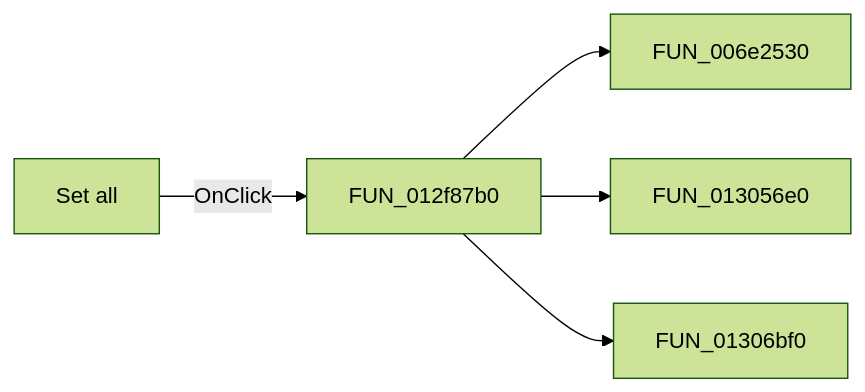
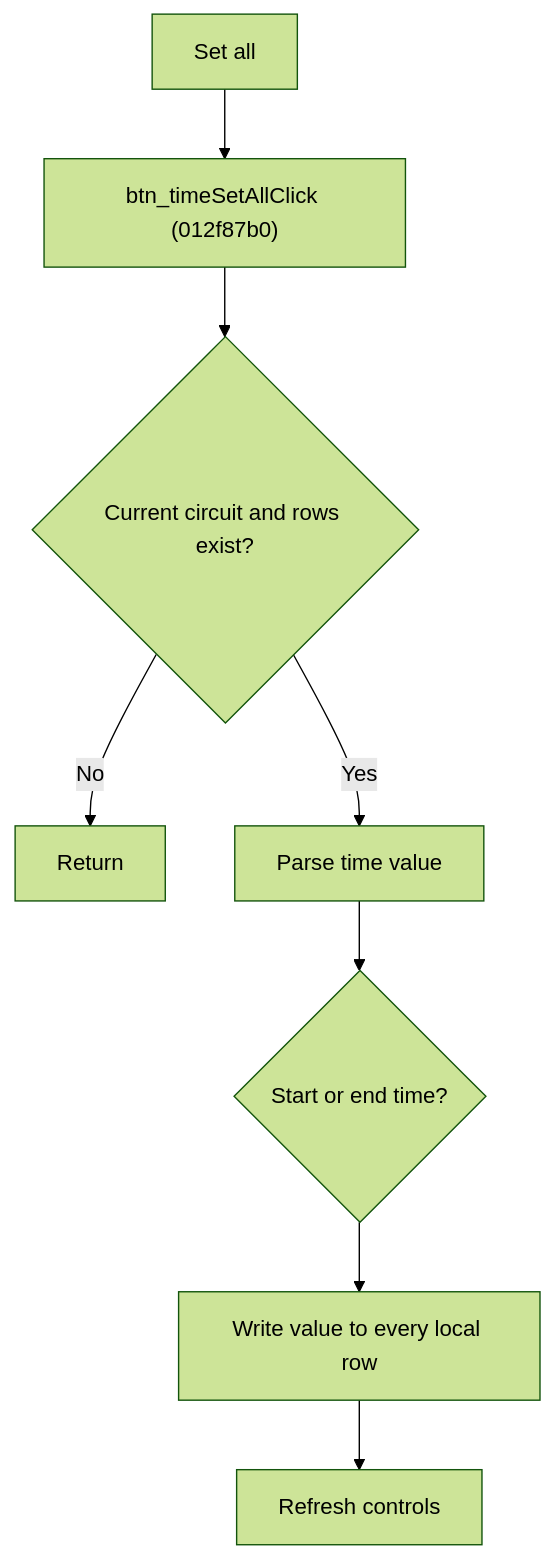
One commit to MovGP0/TIARA changed the diagram in docs/ui-controls/frmmodeltestbencheditor/btn-timesetall-2dd45a1e67.md. Above: the diagram before and after it, drawn with Mermaid (forest theme). The commit also changed other lines of this file and 387 other files, not shown here.

````diff
--- a/docs/ui-controls/frmmodeltestbencheditor/btn-timesetall-2dd45a1e67.md
+++ b/docs/ui-controls/frmmodeltestbencheditor/btn-timesetall-2dd45a1e67.md
@@ -27,7 +29,10 @@
 ```mermaid
-flowchart LR
-    control["Set all"] -->|OnClick| handler["FUN_012f87b0"]
-    handler --> call1["FUN_006e2530"]
-    handler --> call2["FUN_013056e0"]
-    handler --> call3["FUN_01306bf0"]
+flowchart TD
+    control["Set all"] --> handler["btn_timeSetAllClick (012f87b0)"]
+    handler --> valid{"Current circuit and rows exist?"}
+    valid -->|No| stop["Return"]
+    valid -->|Yes| parse["Parse time value"]
+    parse --> mode{"Start or end time?"}
+    mode --> apply["Write value to every local row"]
+    apply --> refresh["Refresh controls"]
 ```
````
